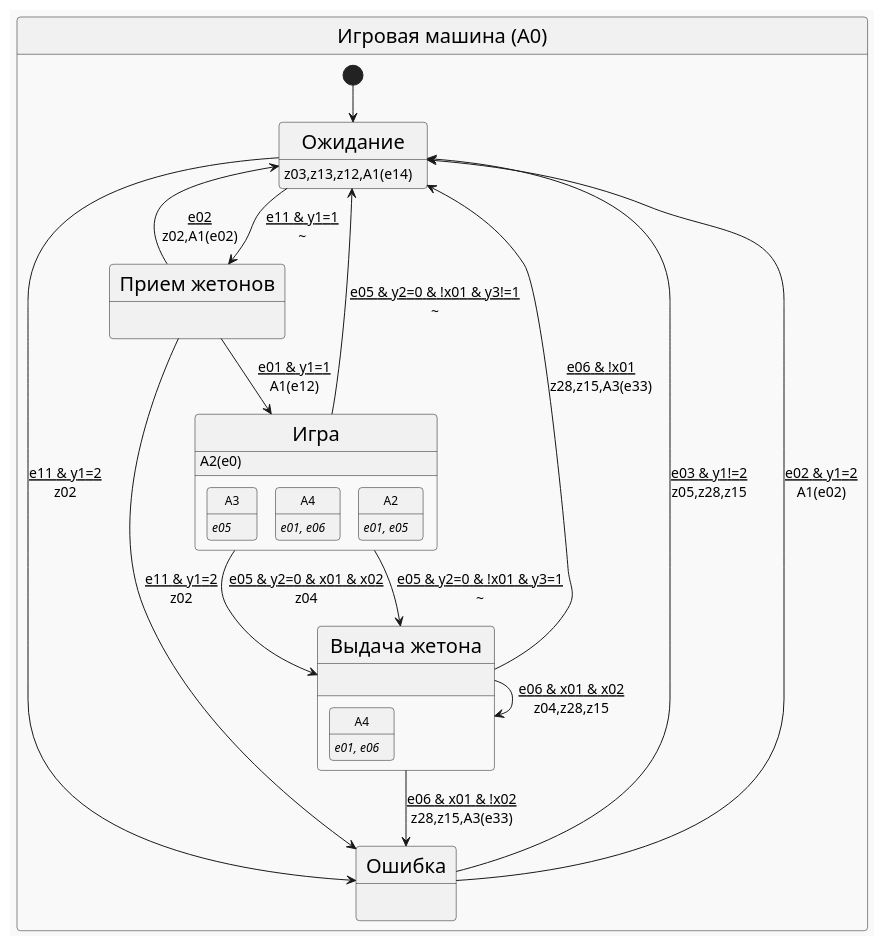
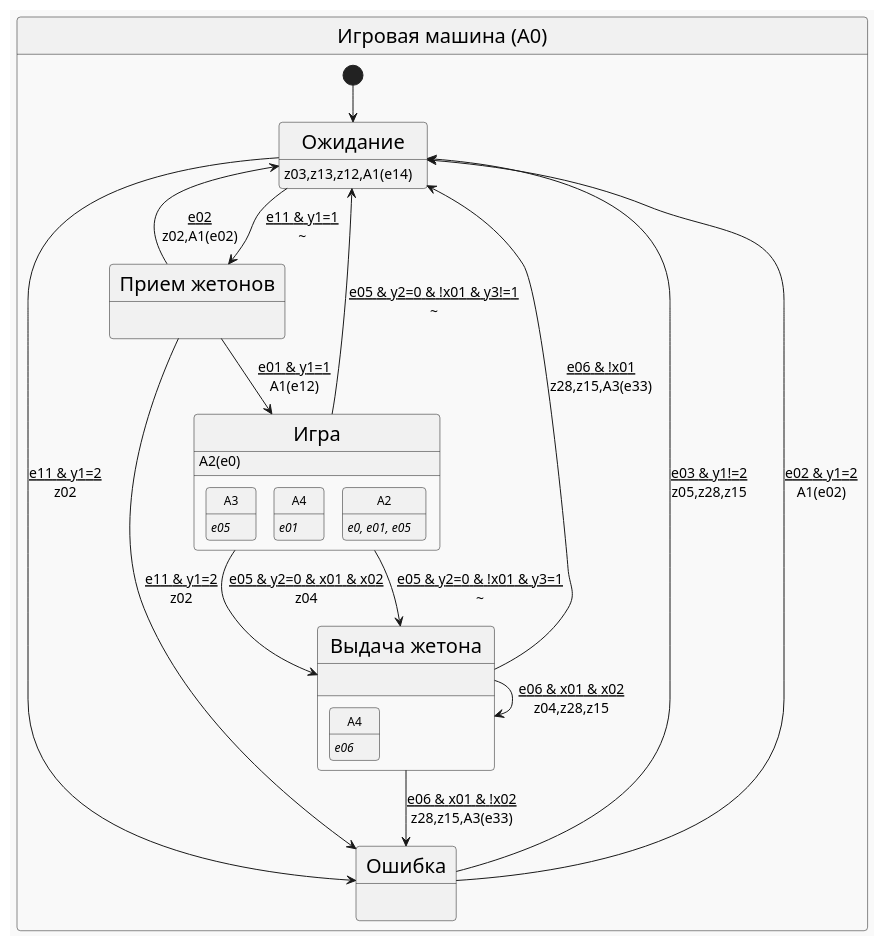
The diagram in articles/multiply_many_nested/puml/a0.puml (PhoenixNazarov/fsm-multiply), drawn with PlantUML before and after one commit. The commit also changed 4 other files, not shown here.

First line of the commit message:
Show per-state events in nested-automaton boxes on diagrams

```diff
--- a/articles/multiply_many_nested/puml/a0.puml
+++ b/articles/multiply_many_nested/puml/a0.puml
@@ -1,34 +1,34 @@
 @startuml
 !theme mars
 skinparam stateFontSize 20
 skinparam arrowFontSize 14
 state "Игровая машина (A0)" as A0 {
     [*] --> A00
     state "Ожидание" as A00 : <size:14>z03,z13,z12,A1(e14)
     state "Прием жетонов" as A01 : 
     state "Игра" as A02 : <size:14>A2(e0)
     state "Ошибка" as A03 : 
     state "Выдача жетона" as A04 : 
     state "Игра" as A02 {
         state "<size:12>A3" as F1 : <size:12><i>e05
-        state "<size:12>A4" as F2 : <size:12><i>e01, e06
-        state "<size:12>A2" as F3 : <size:12><i>e01, e05
+        state "<size:12>A4" as F2 : <size:12><i>e01
+        state "<size:12>A2" as F3 : <size:12><i>e0, e01, e05
     }
     state "Выдача жетона" as A04 {
-        state "<size:12>A4" as F4 : <size:12><i>e01, e06
+        state "<size:12>A4" as F4 : <size:12><i>e06
     }
     A00 --> A01 : <u>e11 & y1=1\n~
     A00 --> A03 : <u>e11 & y1=2\nz02
     A01 --> A00 : <u>e02\nz02,A1(e02)
     A01 --> A02 : <u>e01 & y1=1\nA1(e12)
     A01 --> A03 : <u>e11 & y1=2\nz02
     A02 --> A04 : <u>e05 & y2=0 & x01 & x02\nz04
     A02 --> A04 : <u>e05 & y2=0 & !x01 & y3=1\n~
     A02 --> A00 : <u>e05 & y2=0 & !x01 & y3!=1\n~
     A03 --> A00 : <u>e03 & y1!=2\nz05,z28,z15
     A03 --> A00 : <u>e02 & y1=2\nA1(e02)
     A04 --> A04 : <u>e06 & x01 & x02\nz04,z28,z15
     A04 --> A03 : <u>e06 & x01 & !x02\nz28,z15,A3(e33)
     A04 --> A00 : <u>e06 & !x01\nz28,z15,A3(e33)
 }
 @enduml
```
